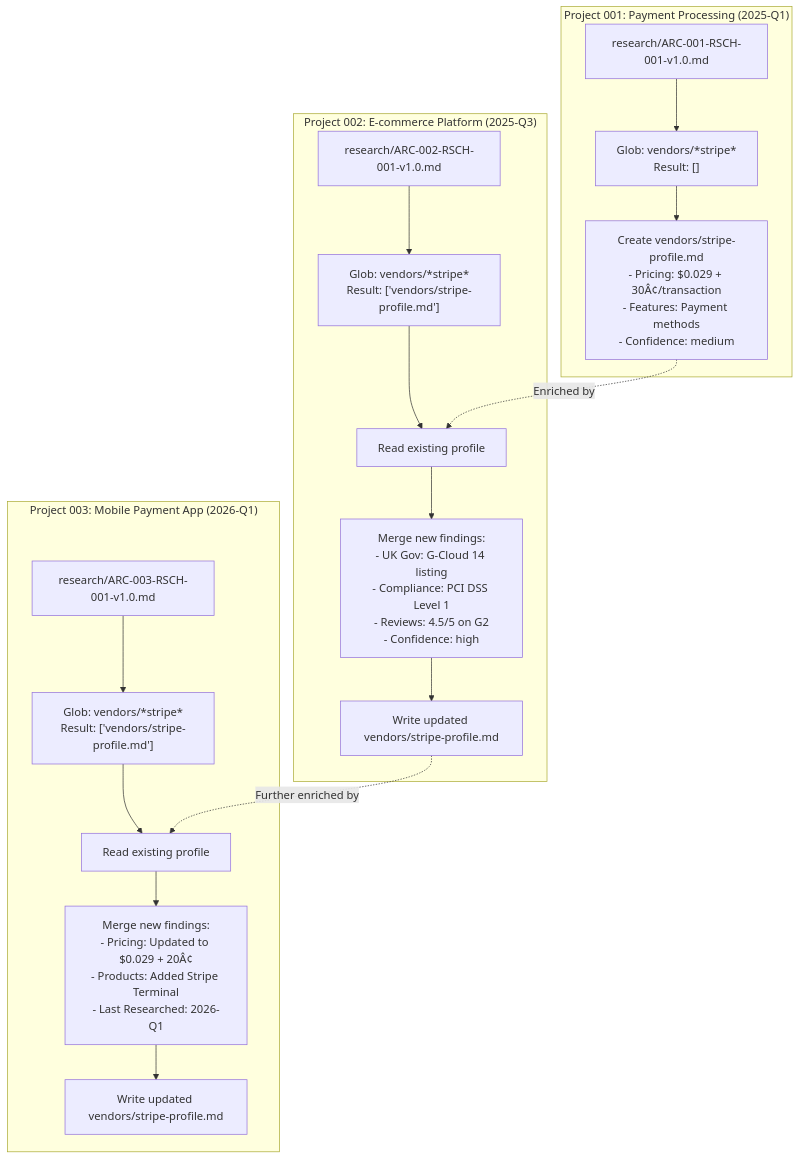
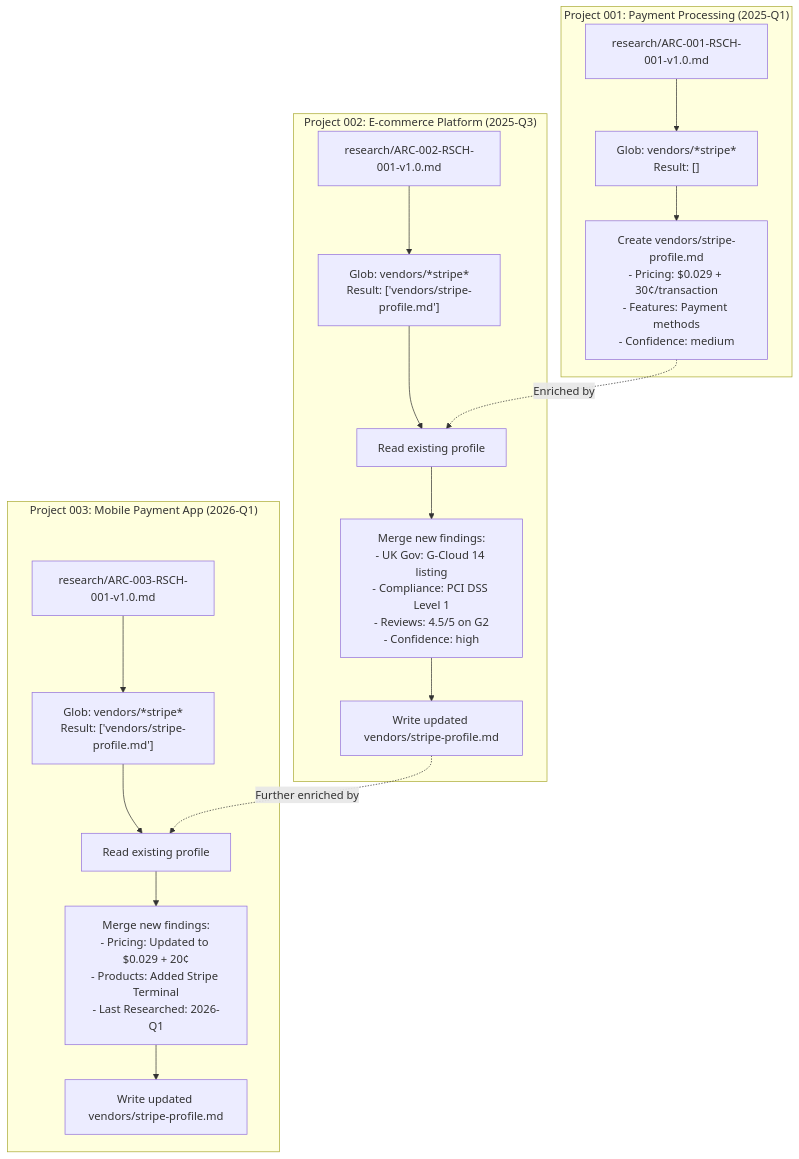
Before and after one commit to AmirulAndalib/arc-kit: the diagram in docs/book-research/deepwiki-diagrams/candidates/4925347e.mmd, drawn with Mermaid. The commit also changed 9 other files, not shown here.

First line of the commit message:
docs: audit remaining 16 candidates; deep-fix converter, doc-types, analyze flow, filename validator

```diff
--- a/docs/book-research/deepwiki-diagrams/candidates/4925347e.mmd
+++ b/docs/book-research/deepwiki-diagrams/candidates/4925347e.mmd
@@ -1,38 +1,39 @@
+%% audited 2026-04-20 (bulk path/version fixes)
 graph TB
     subgraph "Project 001: Payment Processing (2025-Q1)"
         Rsch001["research/ARC-001-RSCH-001-v1.0.md"]
         Glob001["Glob: vendors/*stripe*<br/>Result: []"]
-        Create001["Create vendors/stripe-profile.md<br/>- Pricing: $0.029 + 30Â¢/transaction<br/>- Features: Payment methods<br/>- Confidence: medium"]
+        Create001["Create vendors/stripe-profile.md<br/>- Pricing: $0.029 + 30¢/transaction<br/>- Features: Payment methods<br/>- Confidence: medium"]
         
         Rsch001 --> Glob001
         Glob001 --> Create001
     end
     
     subgraph "Project 002: E-commerce Platform (2025-Q3)"
         Rsch002["research/ARC-002-RSCH-001-v1.0.md"]
         Glob002["Glob: vendors/*stripe*<br/>Result: ['vendors/stripe-profile.md']"]
         Read002["Read existing profile"]
         Merge002["Merge new findings:<br/>- UK Gov: G-Cloud 14 listing<br/>- Compliance: PCI DSS Level 1<br/>- Reviews: 4.5/5 on G2<br/>- Confidence: high"]
         Write002["Write updated vendors/stripe-profile.md"]
         
         Rsch002 --> Glob002
         Glob002 --> Read002
         Read002 --> Merge002
         Merge002 --> Write002
     end
     
     subgraph "Project 003: Mobile Payment App (2026-Q1)"
         Rsch003["research/ARC-003-RSCH-001-v1.0.md"]
         Glob003["Glob: vendors/*stripe*<br/>Result: ['vendors/stripe-profile.md']"]
         Read003["Read existing profile"]
-        Merge003["Merge new findings:<br/>- Pricing: Updated to $0.029 + 20Â¢<br/>- Products: Added Stripe Terminal<br/>- Last Researched: 2026-Q1"]
+        Merge003["Merge new findings:<br/>- Pricing: Updated to $0.029 + 20¢<br/>- Products: Added Stripe Terminal<br/>- Last Researched: 2026-Q1"]
         Write003["Write updated vendors/stripe-profile.md"]
         
         Rsch003 --> Glob003
         Glob003 --> Read003
         Read003 --> Merge003
         Merge003 --> Write003
     end
     
     Create001 -.->|"Enriched by"| Read002
     Write002 -.->|"Further enriched by"| Read003
```
